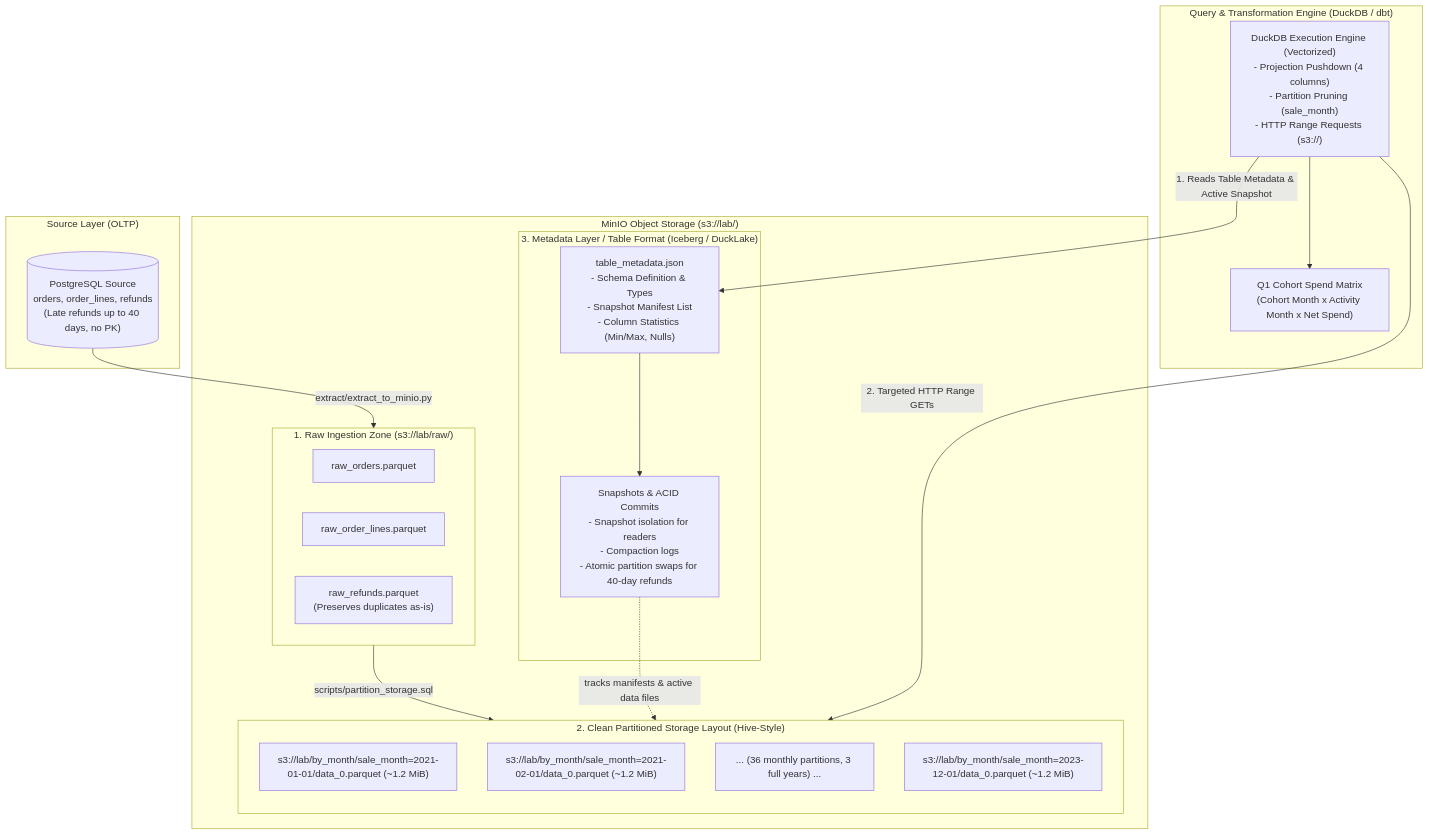
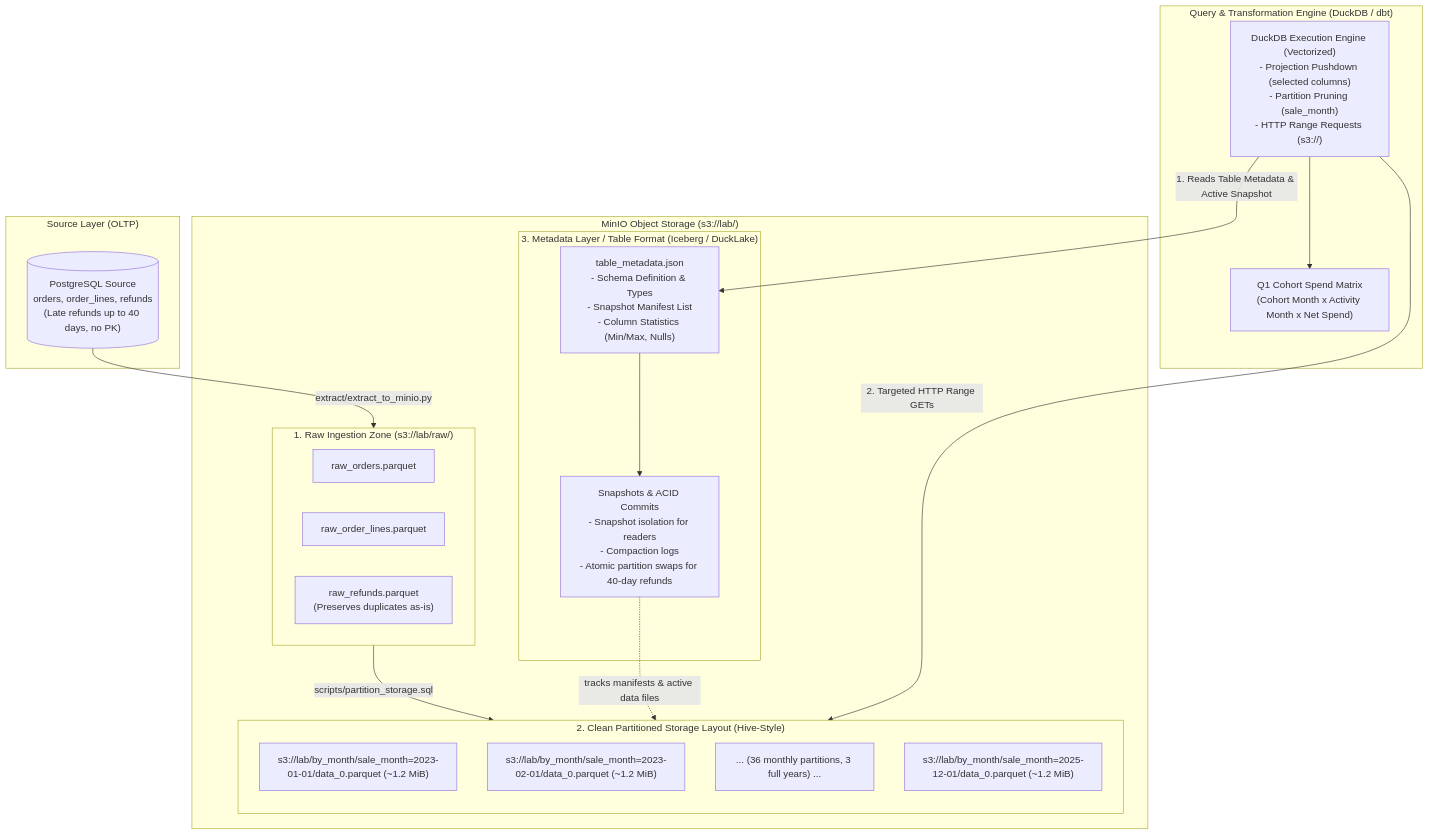
The diagram in docs/checkpoint1_storage_design.md (prigo929/bdpp-cohort-spend-platform), drawn with Mermaid before and after one commit. The commit also changed other lines of this file and 3 other files, not shown here.

````diff
--- a/docs/checkpoint1_storage_design.md
+++ b/docs/checkpoint1_storage_design.md
@@ -31,40 +31,40 @@
 ```mermaid
 flowchart TD
     subgraph SRC["Source Layer (OLTP)"]
         PG[("PostgreSQL Source<br/>orders, order_lines, refunds<br/>(Late refunds up to 40 days, no PK)")]
     end
 
     subgraph MINIO["MinIO Object Storage (s3://lab/)"]
         subgraph RAW["1. Raw Ingestion Zone (s3://lab/raw/)"]
             R1["raw_orders.parquet"]
             R2["raw_order_lines.parquet"]
             R3["raw_refunds.parquet<br/>(Preserves duplicates as-is)"]
         end
 
         subgraph TABLE_FORMAT["3. Metadata Layer / Table Format (Iceberg / DuckLake)"]
             META["table_metadata.json<br/>- Schema Definition & Types<br/>- Snapshot Manifest List<br/>- Column Statistics (Min/Max, Nulls)"]
             SNAP["Snapshots & ACID Commits<br/>- Snapshot isolation for readers<br/>- Compaction logs<br/>- Atomic partition swaps for 40-day refunds"]
             META --> SNAP
         end
 
         subgraph LAYOUT["2. Clean Partitioned Storage Layout (Hive-Style)"]
             direction TB
-            P1["s3://lab/by_month/sale_month=2021-01-01/data_0.parquet (~1.2 MiB)"]
-            P2["s3://lab/by_month/sale_month=2021-02-01/data_0.parquet (~1.2 MiB)"]
+            P1["s3://lab/by_month/sale_month=2023-01-01/data_0.parquet (~1.2 MiB)"]
+            P2["s3://lab/by_month/sale_month=2023-02-01/data_0.parquet (~1.2 MiB)"]
             P3["... (36 monthly partitions, 3 full years) ..."]
-            P4["s3://lab/by_month/sale_month=2023-12-01/data_0.parquet (~1.2 MiB)"]
+            P4["s3://lab/by_month/sale_month=2025-12-01/data_0.parquet (~1.2 MiB)"]
         end
     end
 
     subgraph COMPUTE["Query & Transformation Engine (DuckDB / dbt)"]
-        DUCK["DuckDB Execution Engine (Vectorized)<br/>- Projection Pushdown (4 columns)<br/>- Partition Pruning (sale_month)<br/>- HTTP Range Requests (s3://)"]
+        DUCK["DuckDB Execution Engine (Vectorized)<br/>- Projection Pushdown (selected columns)<br/>- Partition Pruning (sale_month)<br/>- HTTP Range Requests (s3://)"]
         OUT["Q1 Cohort Spend Matrix<br/>(Cohort Month x Activity Month x Net Spend)"]
     end
 
     PG -- "extract/extract_to_minio.py" --> RAW
     RAW -- "scripts/partition_storage.sql" --> LAYOUT
     SNAP -. "tracks manifests & active data files" .-> LAYOUT
     DUCK -- "1. Reads Table Metadata & Active Snapshot" --> META
     DUCK -- "2. Targeted HTTP Range GETs" --> LAYOUT
     DUCK --> OUT
 ```
````
